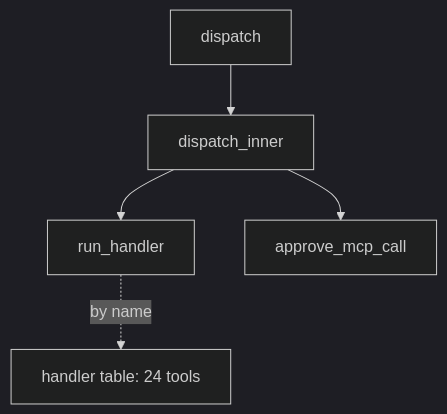
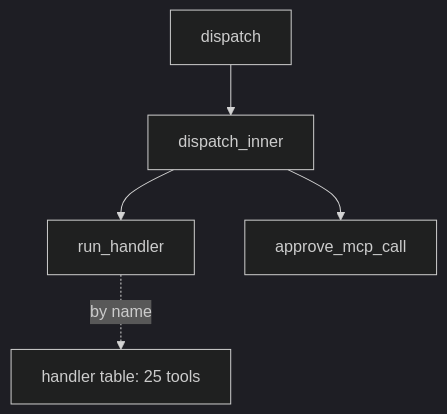
The fifth of 6 diagrams in docs/architecture.md (agent6-dev/agent6), drawn with Mermaid (dark theme) before and after one commit. The commit also changed other lines of this file and 3 other files, not shown here.

Commit message:
docs: regenerate the formats, config, architecture and data-contracts pages

````diff
--- a/docs/architecture.md
+++ b/docs/architecture.md
@@ -507,12 +507,12 @@
 ```mermaid
 graph TD
     n_dispatch["dispatch"]
     n_dispatch_inner["dispatch_inner"]
     n_run_handler["run_handler"]
     n_approve_mcp_call["approve_mcp_call"]
     n_dispatch_inner --> n_approve_mcp_call
     n_dispatch_inner --> n_run_handler
     n_dispatch --> n_dispatch_inner
-    n_table["handler table: 24 tools"]
+    n_table["handler table: 25 tools"]
     n_run_handler -.->|by name| n_table
 ```
````
